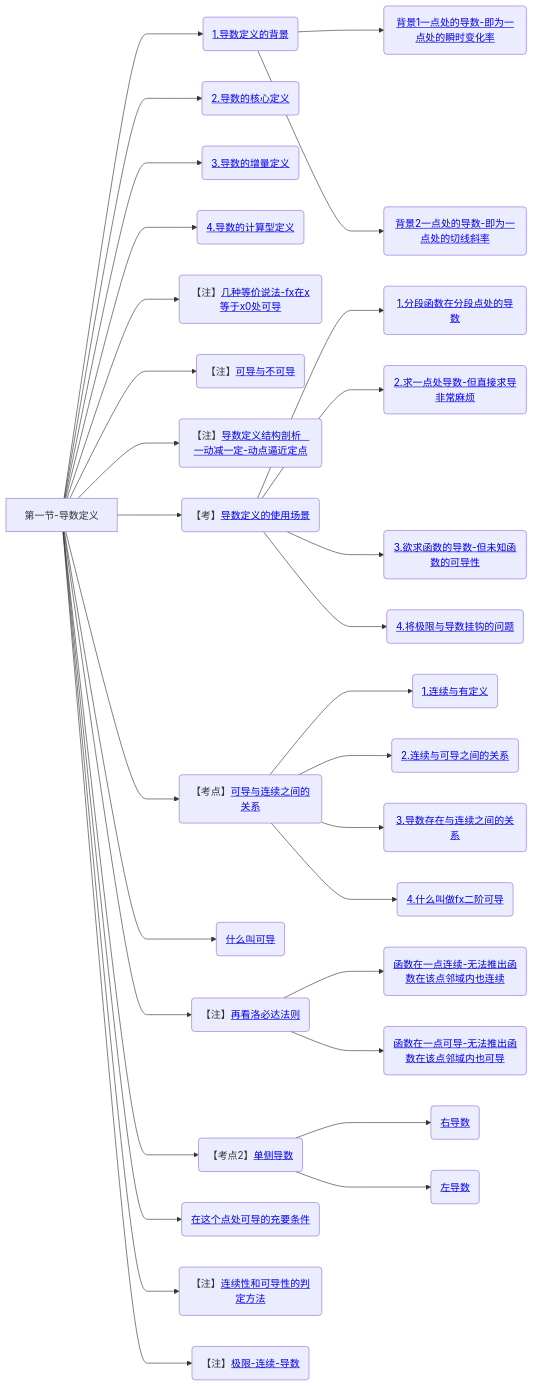
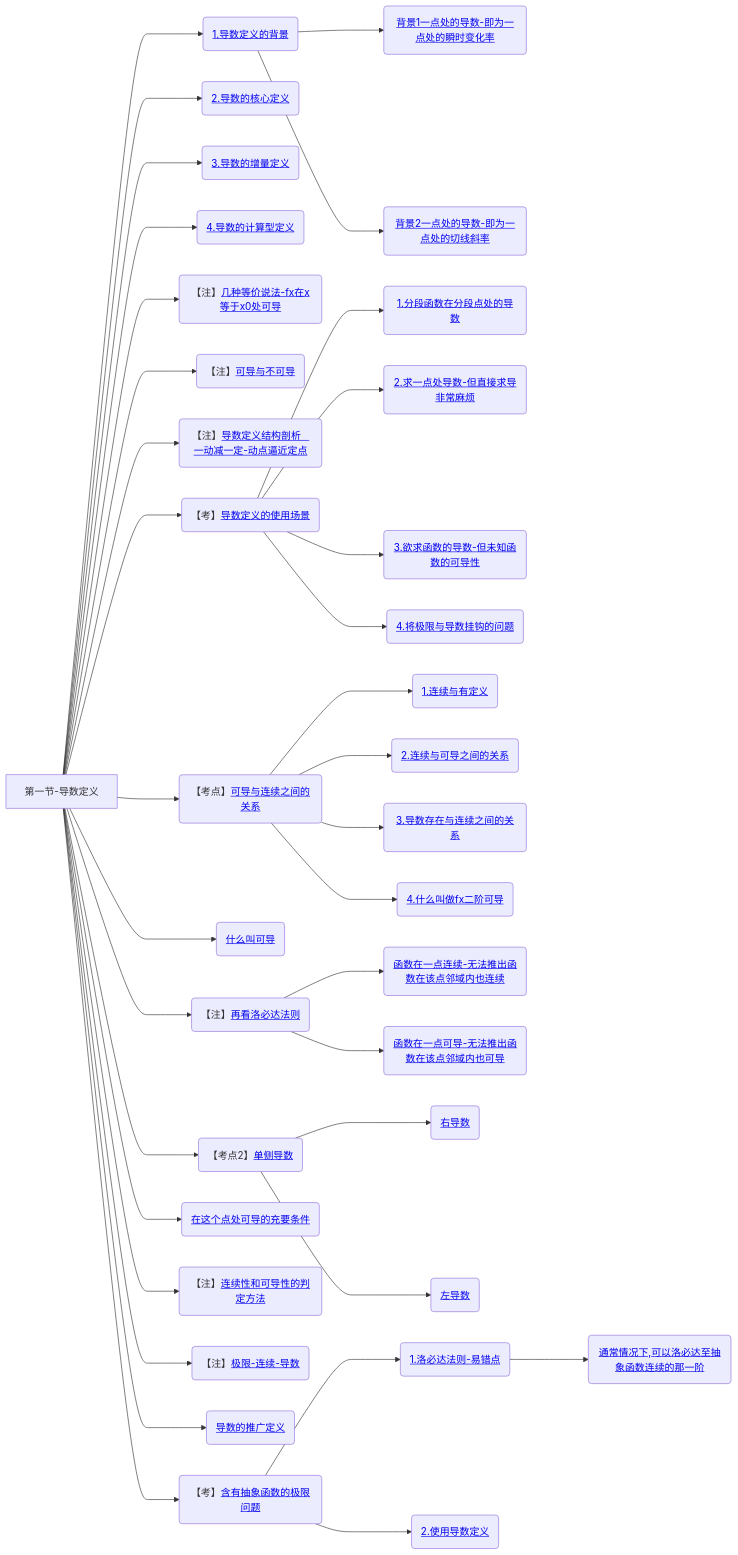
Before and after one commit to yuebinghui/note: diagram 11 of 12 in 笔记/数学/周洋鑫/01.基础班思维导图.md, drawn with Mermaid. The commit also changed 4 other files, not shown here.

````diff
--- a/笔记/数学/周洋鑫/01.基础班思维导图.md
+++ b/笔记/数学/周洋鑫/01.基础班思维导图.md
@@ -401,41 +401,50 @@
 ```mermaid
 graph LR
 第一节-导数定义
 
 第一节-导数定义--->1.导数定义的背景(<a href="/Users/yuebinghui/Documents/program/github/note/笔记/数学/周洋鑫/基础班/10.连续与间断_导数定义_1.md#1.导数定义的背景">1.导数定义的背景</>)
 1.导数定义的背景--->背景1一点处的导数-即为一点处的瞬时变化率(<a href="/Users/yuebinghui/Documents/program/github/note/笔记/数学/周洋鑫/基础班/10.连续与间断_导数定义_1.md#背景1一点处的导数-即为一点处的瞬时变化率">背景1一点处的导数-即为一点处的瞬时变化率</>)
 1.导数定义的背景--->背景2一点处的导数-即为一点处的切线斜率(<a href="/Users/yuebinghui/Documents/program/github/note/笔记/数学/周洋鑫/基础班/10.连续与间断_导数定义_1.md#背景2一点处的导数-即为一点处的切线斜率">背景2一点处的导数-即为一点处的切线斜率</>)
 
 第一节-导数定义--->2.导数的核心定义(<a href="/Users/yuebinghui/Documents/program/github/note/笔记/数学/周洋鑫/基础班/10.连续与间断_导数定义_1.md#2.导数的核心定义">2.导数的核心定义</>)
 第一节-导数定义--->3.导数的增量定义(<a href="/Users/yuebinghui/Documents/program/github/note/笔记/数学/周洋鑫/基础班/10.连续与间断_导数定义_1.md#3.导数的增量定义">3.导数的增量定义</>)
 第一节-导数定义--->4.导数的计算型定义(<a href="/Users/yuebinghui/Documents/program/github/note/笔记/数学/周洋鑫/基础班/10.连续与间断_导数定义_1.md#4.导数的计算型定义">4.导数的计算型定义</>)
 
 第一节-导数定义--->几种等价说法-fx在x等于x0处可导(【注】<a href="/Users/yuebinghui/Documents/program/github/note/笔记/数学/周洋鑫/基础班/10.连续与间断_导数定义_1.md#几种等价说法-fx在x等于x0处可导">几种等价说法-fx在x等于x0处可导</>)
 第一节-导数定义--->可导与不可导(【注】<a href="/Users/yuebinghui/Documents/program/github/note/笔记/数学/周洋鑫/基础班/10.连续与间断_导数定义_1.md#可导与不可导">可导与不可导</>)
 第一节-导数定义--->导数定义结构剖析-一动减一定-动点逼近定点(【注】<a href="/Users/yuebinghui/Documents/program/github/note/笔记/数学/周洋鑫/基础班/10.连续与间断_导数定义_1.md#导数定义结构剖析-一动减一定-动点逼近定点">导数定义结构剖析   一动减一定-动点逼近定点</>)
 
 第一节-导数定义--->导数定义的使用场景(【考】<a href="/Users/yuebinghui/Documents/program/github/note/笔记/数学/周洋鑫/基础班/10.连续与间断_导数定义_1.md#导数定义的使用场景">导数定义的使用场景</>)
 导数定义的使用场景--->1.分段函数在分段点处的导数(<a href="/Users/yuebinghui/Documents/program/github/note/笔记/数学/周洋鑫/基础班/10.连续与间断_导数定义_1.md#1.分段函数在分段点处的导数">1.分段函数在分段点处的导数</>)
 导数定义的使用场景--->2.求一点处导数-但直接求导非常麻烦(<a href="/Users/yuebinghui/Documents/program/github/note/笔记/数学/周洋鑫/基础班/10.连续与间断_导数定义_1.md#2.求一点处导数-但直接求导非常麻烦">2.求一点处导数-但直接求导非常麻烦</>)
 导数定义的使用场景--->3.欲求函数的导数-但未知函数的可导性(<a href="/Users/yuebinghui/Documents/program/github/note/笔记/数学/周洋鑫/基础班/10.连续与间断_导数定义_1.md#3.欲求函数的导数-但未知函数的可导性">3.欲求函数的导数-但未知函数的可导性</>)
 导数定义的使用场景--->4.将极限与导数挂钩的问题(<a href="/Users/yuebinghui/Documents/program/github/note/笔记/数学/周洋鑫/基础班/10.连续与间断_导数定义_1.md#4.将极限与导数挂钩的问题">4.将极限与导数挂钩的问题</>)
 
 第一节-导数定义--->可导与连续之间的关系(【考点】<a href="/Users/yuebinghui/Documents/program/github/note/笔记/数学/周洋鑫/基础班/10.连续与间断_导数定义_1.md#可导与连续之间的关系">可导与连续之间的关系</>)
 可导与连续之间的关系--->1.连续与有定义(<a href="/Users/yuebinghui/Documents/program/github/note/笔记/数学/周洋鑫/基础班/10.连续与间断_导数定义_1.md#1.连续与有定义">1.连续与有定义</>)
 可导与连续之间的关系--->2.连续与可导之间的关系(<a href="/Users/yuebinghui/Documents/program/github/note/笔记/数学/周洋鑫/基础班/10.连续与间断_导数定义_1.md#2.连续与可导之间的关系">2.连续与可导之间的关系</>)
 可导与连续之间的关系--->3.导数存在与连续之间的关系(<a href="/Users/yuebinghui/Documents/program/github/note/笔记/数学/周洋鑫/基础班/10.连续与间断_导数定义_1.md#3.导数存在与连续之间的关系">3.导数存在与连续之间的关系</>)
 可导与连续之间的关系--->4.什么叫做fx二阶可导(<a href="/Users/yuebinghui/Documents/program/github/note/笔记/数学/周洋鑫/基础班/10.连续与间断_导数定义_1.md#4.什么叫做fx二阶可导">4.什么叫做fx二阶可导</>)
 
 第一节-导数定义--->什么叫可导(<a href="/Users/yuebinghui/Documents/program/github/note/笔记/数学/周洋鑫/基础班/11.导数定义_2.md#什么叫可导">什么叫可导</>)
 第一节-导数定义--->再看洛必达法则(【注】<a href="/Users/yuebinghui/Documents/program/github/note/笔记/数学/周洋鑫/基础班/11.导数定义_2.md#再看洛必达法则">再看洛必达法则</>)
 再看洛必达法则--->函数在一点连续-无法推出函数在该点邻域内也连续(<a href="/Users/yuebinghui/Documents/program/github/note/笔记/数学/周洋鑫/基础班/11.导数定义_2.md#函数在一点连续-无法推出函数在该点邻域内也连续">函数在一点连续-无法推出函数在该点邻域内也连续</>)
 再看洛必达法则--->函数在一点可导-无法推出函数在该点邻域内也可导(<a href="/Users/yuebinghui/Documents/program/github/note/笔记/数学/周洋鑫/基础班/11.导数定义_2.md#函数在一点可导-无法推出函数在该点邻域内也可导">函数在一点可导-无法推出函数在该点邻域内也可导</>)
 
 第一节-导数定义--->单侧导数(【考点2】<a href="/Users/yuebinghui/Documents/program/github/note/笔记/数学/周洋鑫/基础班/11.导数定义_2.md#单侧导数">单侧导数</>)
 单侧导数--->右导数(<a href="/Users/yuebinghui/Documents/program/github/note/笔记/数学/周洋鑫/基础班/11.导数定义_2.md#右导数">右导数</>)
 单侧导数--->左导数(<a href="/Users/yuebinghui/Documents/program/github/note/笔记/数学/周洋鑫/基础班/11.导数定义_2.md#左导数">左导数</>)
 
 第一节-导数定义--->在这个点处可导的充要条件(<a href="/Users/yuebinghui/Documents/program/github/note/笔记/数学/周洋鑫/基础班/11.导数定义_2.md#在这个点处可导的充要条件">在这个点处可导的充要条件</>)
 第一节-导数定义--->连续性和可导性的判定方法(【注】<a href="/Users/yuebinghui/Documents/program/github/note/笔记/数学/周洋鑫/基础班/11.导数定义_2.md#连续性和可导性的判定方法">连续性和可导性的判定方法</>)
 第一节-导数定义--->极限-连续-导数(【注】<a href="/Users/yuebinghui/Documents/program/github/note/笔记/数学/周洋鑫/基础班/11.导数定义_2.md#极限-连续-导数">极限-连续-导数</>)
+
+第一节-导数定义--->导数的推广定义(<a href="/Users/yuebinghui/Documents/program/github/note/笔记/数学/周洋鑫/基础班/12.导数计算_1.md#导数的推广定义">导数的推广定义</>)
+
+第一节-导数定义--->含有抽象函数的极限问题(【考】<a href="/Users/yuebinghui/Documents/program/github/note/笔记/数学/周洋鑫/基础班/12.导数计算_1.md#含有抽象函数的极限问题">含有抽象函数的极限问题</>)
+
+含有抽象函数的极限问题--->1.洛必达法则-易错点(<a href="/Users/yuebinghui/Documents/program/github/note/笔记/数学/周洋鑫/基础班/12.导数计算_1.md#1.洛必达法则-易错点">1.洛必达法则-易错点</>)
+1.洛必达法则-易错点--->通常情况下,可以洛必达至抽象函数连续的那一阶(<a href="/Users/yuebinghui/Documents/program/github/note/笔记/数学/周洋鑫/基础班/12.导数计算_1.md#通常情况下,可以洛必达至抽象函数连续的那一阶">通常情况下,可以洛必达至抽象函数连续的那一阶</>)
+
+含有抽象函数的极限问题--->2.使用导数定义(<a href="/Users/yuebinghui/Documents/program/github/note/笔记/数学/周洋鑫/基础班/12.导数计算_1.md#2.使用导数定义">2.使用导数定义</>)
 ```
````
